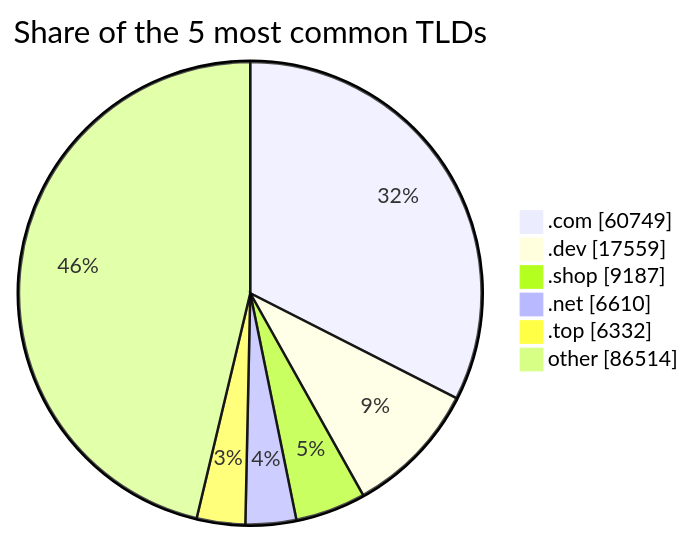
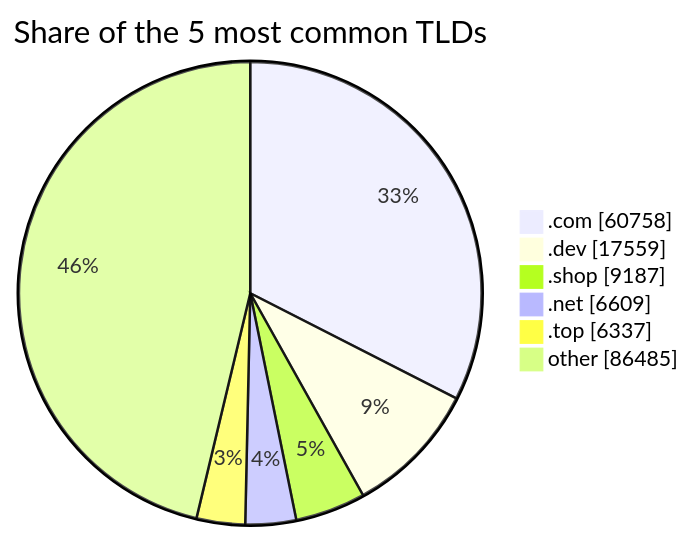
Before and after one commit to DNSBunker/CTI: the third of 3 diagrams in README.md, drawn with Mermaid. The commit also changed other lines of this file and 3 other files, not shown here.

````diff
--- a/README.md
+++ b/README.md
@@ -81,9 +81,9 @@
 ```mermaid
 pie showData title Share of the 5 most common TLDs
-    ".com" : 60749
+    ".com" : 60758
     ".dev" : 17559
     ".shop" : 9187
-    ".net" : 6610
-    ".top" : 6332
-    "other" : 86514
+    ".net" : 6609
+    ".top" : 6337
+    "other" : 86485
 ```
````
